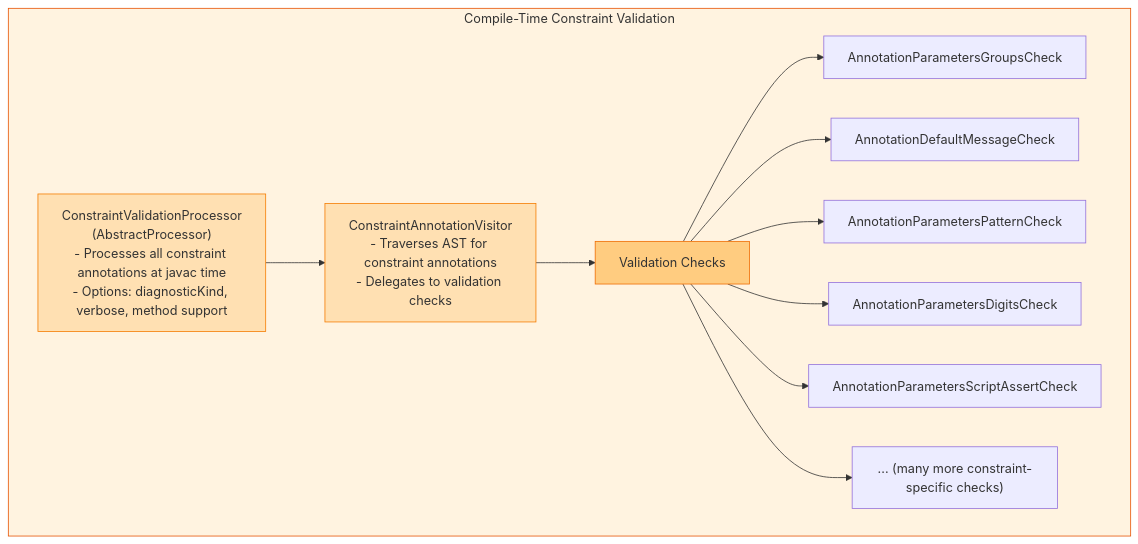
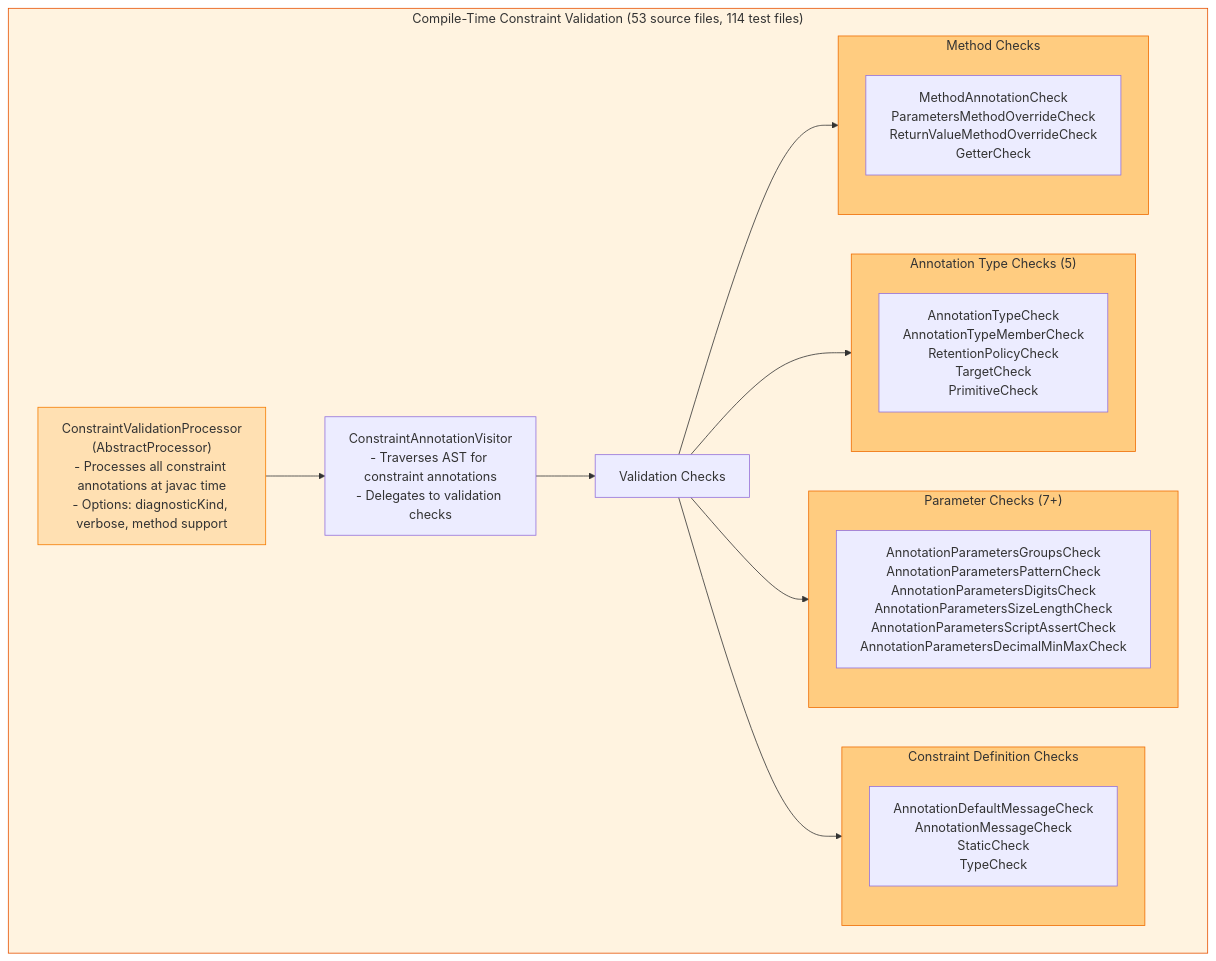
One commit to jakartaredhat/quarkus-bv changed the third of 5 diagrams in extensions/bean-validator/docs/architecture-hibernate-validator.md. Above: the diagram before and after it, drawn with Mermaid. The commit also changed other lines of this file and 4 other files, not shown here.

````diff
--- a/extensions/bean-validator/docs/architecture-hibernate-validator.md
+++ b/extensions/bean-validator/docs/architecture-hibernate-validator.md
@@ -125,19 +198,33 @@
 ```mermaid
 graph TB
-    subgraph ANNPROC["Compile-Time Constraint Validation"]
+    subgraph ANNPROC["Compile-Time Constraint Validation (53 source files, 114 test files)"]
         CVP["ConstraintValidationProcessor<br/>(AbstractProcessor)<br/>- Processes all constraint annotations at javac time<br/>- Options: diagnosticKind, verbose, method support"]
         CVP --> CAV["ConstraintAnnotationVisitor<br/>- Traverses AST for constraint annotations<br/>- Delegates to validation checks"]
         CAV --> CHECKS["Validation Checks"]
-        CHECKS --> C1["AnnotationParametersGroupsCheck"]
-        CHECKS --> C2["AnnotationDefaultMessageCheck"]
-        CHECKS --> C3["AnnotationParametersPatternCheck"]
-        CHECKS --> C4["AnnotationParametersDigitsCheck"]
-        CHECKS --> C5["AnnotationParametersScriptAssertCheck"]
-        CHECKS --> C6["... (many more constraint-specific checks)"]
+
+        subgraph ANNCHECKS["Annotation Type Checks (5)"]
+            C_AT["AnnotationTypeCheck<br/>AnnotationTypeMemberCheck<br/>RetentionPolicyCheck<br/>TargetCheck<br/>PrimitiveCheck"]
+        end
+
+        subgraph PARAMCHECKS["Parameter Checks (7+)"]
+            C_P["AnnotationParametersGroupsCheck<br/>AnnotationParametersPatternCheck<br/>AnnotationParametersDigitsCheck<br/>AnnotationParametersSizeLengthCheck<br/>AnnotationParametersScriptAssertCheck<br/>AnnotationParametersDecimalMinMaxCheck"]
+        end
+
+        subgraph DEFCHECKS["Constraint Definition Checks"]
+            C_D["AnnotationDefaultMessageCheck<br/>AnnotationMessageCheck<br/>StaticCheck<br/>TypeCheck"]
+        end
+
+        subgraph METHODCHECKS["Method Checks"]
+            C_M["MethodAnnotationCheck<br/>ParametersMethodOverrideCheck<br/>ReturnValueMethodOverrideCheck<br/>GetterCheck"]
+        end
+
+        CHECKS --> ANNCHECKS & PARAMCHECKS & DEFCHECKS & METHODCHECKS
     end
 
     style ANNPROC fill:#fff3e0,stroke:#E65100
     style CVP fill:#ffe0b2,stroke:#F57C00
-    style CAV fill:#ffe0b2,stroke:#F57C00
-    style CHECKS fill:#ffcc80,stroke:#EF6C00
+    style ANNCHECKS fill:#ffcc80,stroke:#EF6C00
+    style PARAMCHECKS fill:#ffcc80,stroke:#EF6C00
+    style DEFCHECKS fill:#ffcc80,stroke:#EF6C00
+    style METHODCHECKS fill:#ffcc80,stroke:#EF6C00
 ```
````
